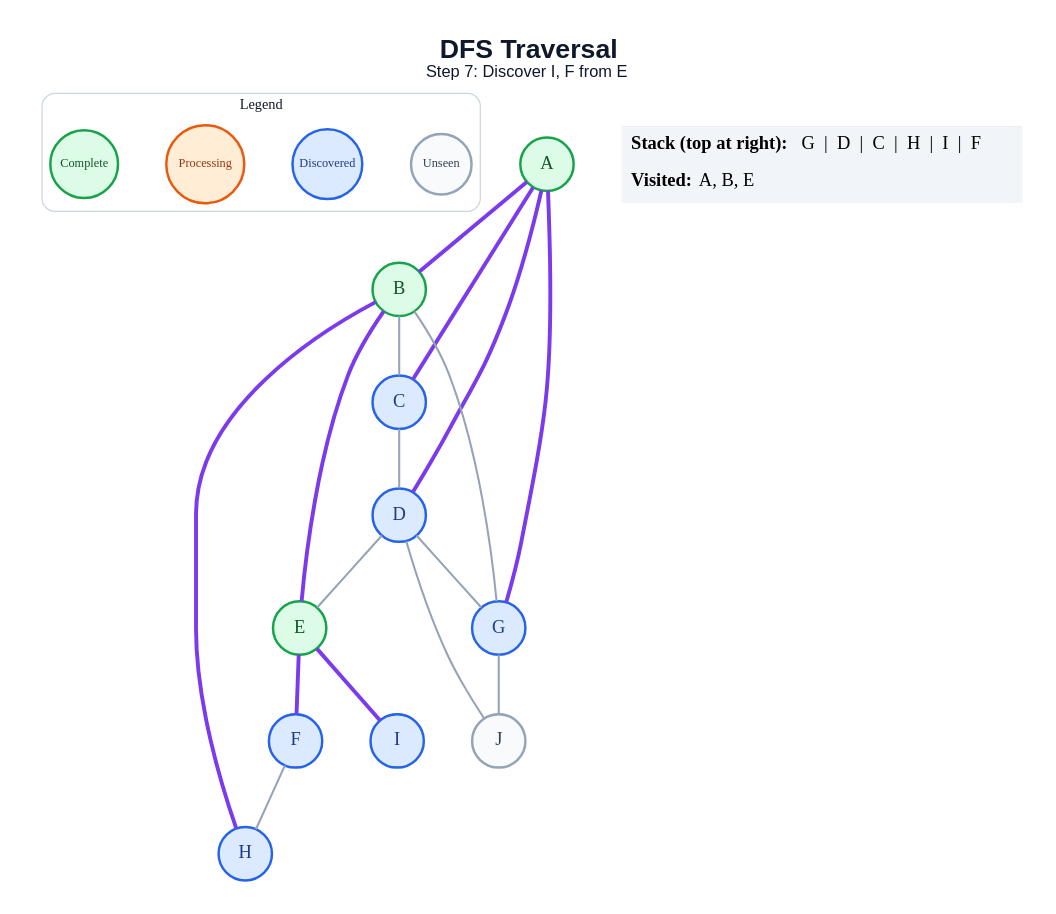
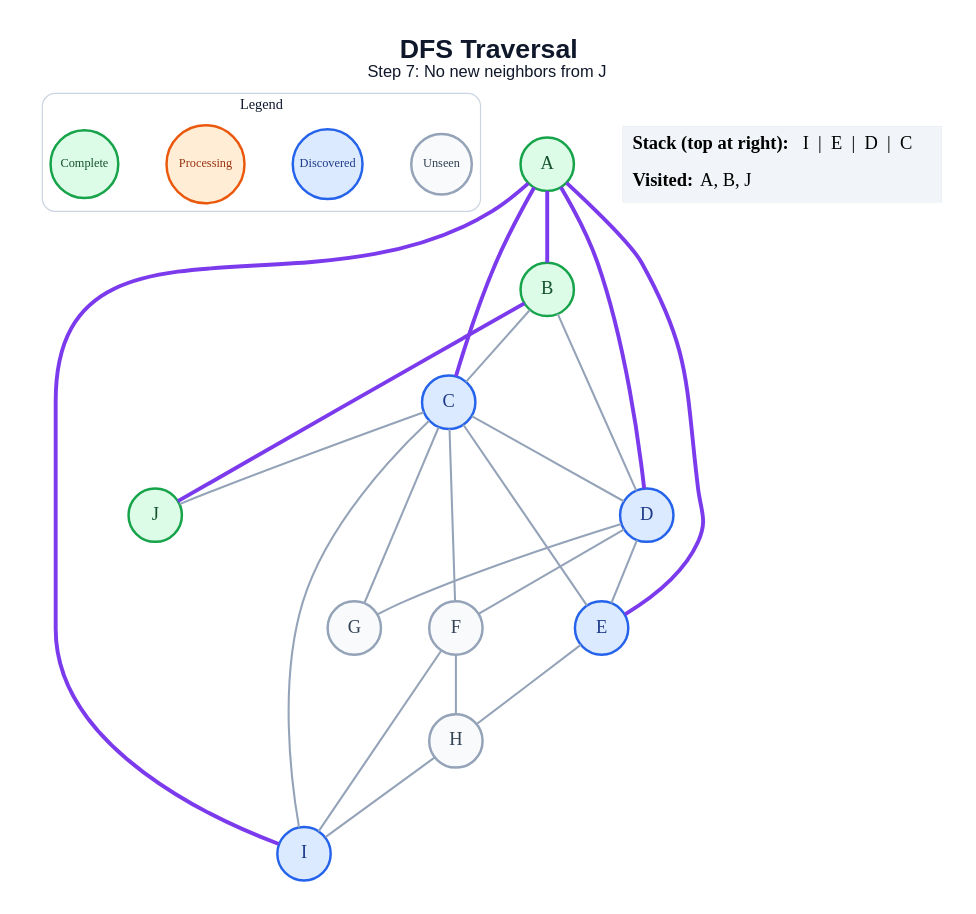
The diagram in generated/dfs/step_07.dot (amanghodawala9/ai-slop), drawn with Graphviz before and after one commit. The commit also changed 178 other files, not shown here.

```diff
--- a/generated/dfs/step_07.dot
+++ b/generated/dfs/step_07.dot
@@ -1,45 +1,50 @@
 graph traversal {
   graph [layout=dot, rankdir=TB, bgcolor="#FFFFFF", pad="0.35", nodesep="0.65", ranksep="0.8", fontname="Arial"];
   node [shape=circle, style="filled", fontname="Arial Bold", fontsize=18, width=0.72, fixedsize=true, penwidth=2.4];
   edge [color="#94A3B8", penwidth=2.0];
-  label=<<B>DFS Traversal</B><BR/><FONT POINT-SIZE="16">Step 7: Discover I, F from E</FONT>>; labelloc="t"; fontsize=26; fontname="Arial"; fontcolor="#0F172A";
+  label=<<B>DFS Traversal</B><BR/><FONT POINT-SIZE="16">Step 7: No new neighbors from J</FONT>>; labelloc="t"; fontsize=26; fontname="Arial"; fontcolor="#0F172A";
   subgraph cluster_legend { label="Legend"; color="#CBD5E1"; penwidth=1.2; style="rounded"; fontsize=14; fontname="Arial Bold";
     key_unseen [label="Unseen", fillcolor="#F8FAFC", color="#94A3B8", fontcolor="#334155", fontsize=12, width=0.82];
     key_frontier [label="Discovered", fillcolor="#DBEAFE", color="#2563EB", fontcolor="#1E3A8A", fontsize=12, width=0.95];
     key_current [label="Processing", fillcolor="#FFEDD5", color="#EA580C", fontcolor="#9A3412", fontsize=12, width=1.05];
     key_done [label="Complete", fillcolor="#DCFCE7", color="#16A34A", fontcolor="#14532D", fontsize=12, width=0.92];
     { rank=same; key_unseen; key_frontier; key_current; key_done; }
   }
   A [fillcolor="#DCFCE7", color="#16A34A", fontcolor="#14532D"];
   B [fillcolor="#DCFCE7", color="#16A34A", fontcolor="#14532D"];
   C [fillcolor="#DBEAFE", color="#2563EB", fontcolor="#1E3A8A"];
   D [fillcolor="#DBEAFE", color="#2563EB", fontcolor="#1E3A8A"];
-  E [fillcolor="#DCFCE7", color="#16A34A", fontcolor="#14532D"];
-  F [fillcolor="#DBEAFE", color="#2563EB", fontcolor="#1E3A8A"];
-  G [fillcolor="#DBEAFE", color="#2563EB", fontcolor="#1E3A8A"];
-  H [fillcolor="#DBEAFE", color="#2563EB", fontcolor="#1E3A8A"];
+  E [fillcolor="#DBEAFE", color="#2563EB", fontcolor="#1E3A8A"];
+  F [fillcolor="#F8FAFC", color="#94A3B8", fontcolor="#334155"];
+  G [fillcolor="#F8FAFC", color="#94A3B8", fontcolor="#334155"];
+  H [fillcolor="#F8FAFC", color="#94A3B8", fontcolor="#334155"];
   I [fillcolor="#DBEAFE", color="#2563EB", fontcolor="#1E3A8A"];
-  J [fillcolor="#F8FAFC", color="#94A3B8", fontcolor="#334155"];
+  J [fillcolor="#DCFCE7", color="#16A34A", fontcolor="#14532D"];
   A -- B [color="#7C3AED", penwidth=3.8];
   A -- C [color="#7C3AED", penwidth=3.8];
   A -- D [color="#7C3AED", penwidth=3.8];
-  A -- G [color="#7C3AED", penwidth=3.8];
+  A -- E [color="#7C3AED", penwidth=3.8];
+  A -- I [color="#7C3AED", penwidth=3.8];
   B -- C;
-  B -- E [color="#7C3AED", penwidth=3.8];
-  B -- G;
-  B -- H [color="#7C3AED", penwidth=3.8];
+  B -- D;
+  B -- J [color="#7C3AED", penwidth=3.8];
   C -- D;
+  C -- E;
+  C -- F;
+  C -- G;
+  C -- I;
+  C -- J;
   D -- E;
+  D -- F;
   D -- G;
-  D -- J;
-  E -- F [color="#7C3AED", penwidth=3.8];
-  E -- I [color="#7C3AED", penwidth=3.8];
+  E -- H;
   F -- H;
-  G -- J;
+  F -- I;
+  H -- I;
   status [shape=plain, fixedsize=false, width=0, height=0, margin=0, label=<
     <TABLE BORDER="0" CELLBORDER="0" CELLPADDING="7" BGCOLOR="#F1F5F9">
-      <TR><TD ALIGN="LEFT"><B>Stack (top at right):</B> G  |  D  |  C  |  H  |  I  |  F</TD></TR>
-      <TR><TD ALIGN="LEFT"><B>Visited:</B> A, B, E</TD></TR>
+      <TR><TD ALIGN="LEFT"><B>Stack (top at right):</B> I  |  E  |  D  |  C</TD></TR>
+      <TR><TD ALIGN="LEFT"><B>Visited:</B> A, B, J</TD></TR>
     </TABLE>
   >];
 }
```
